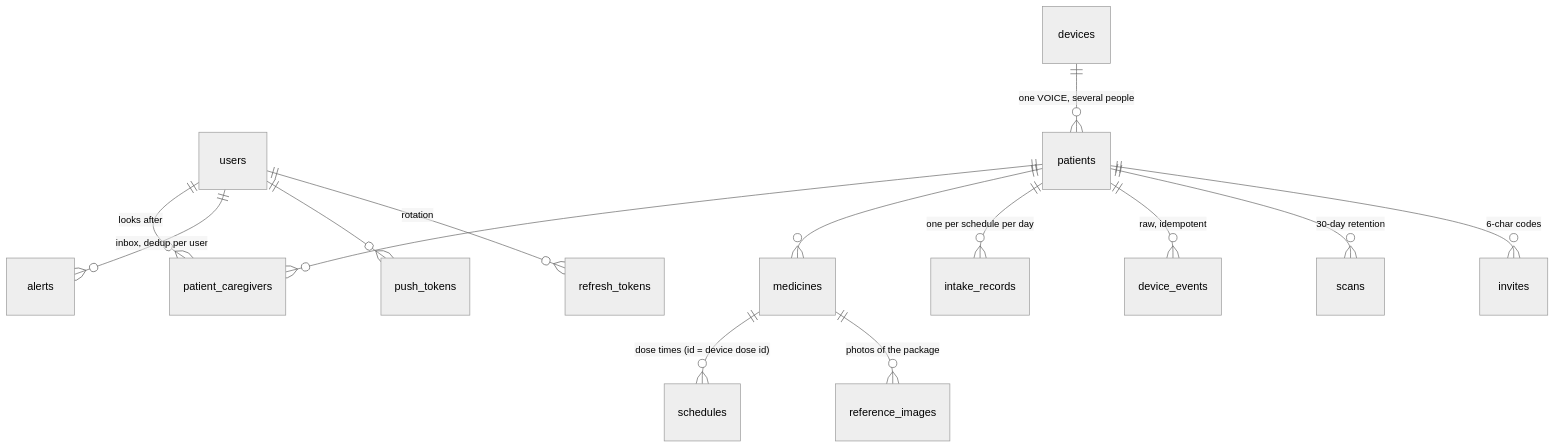
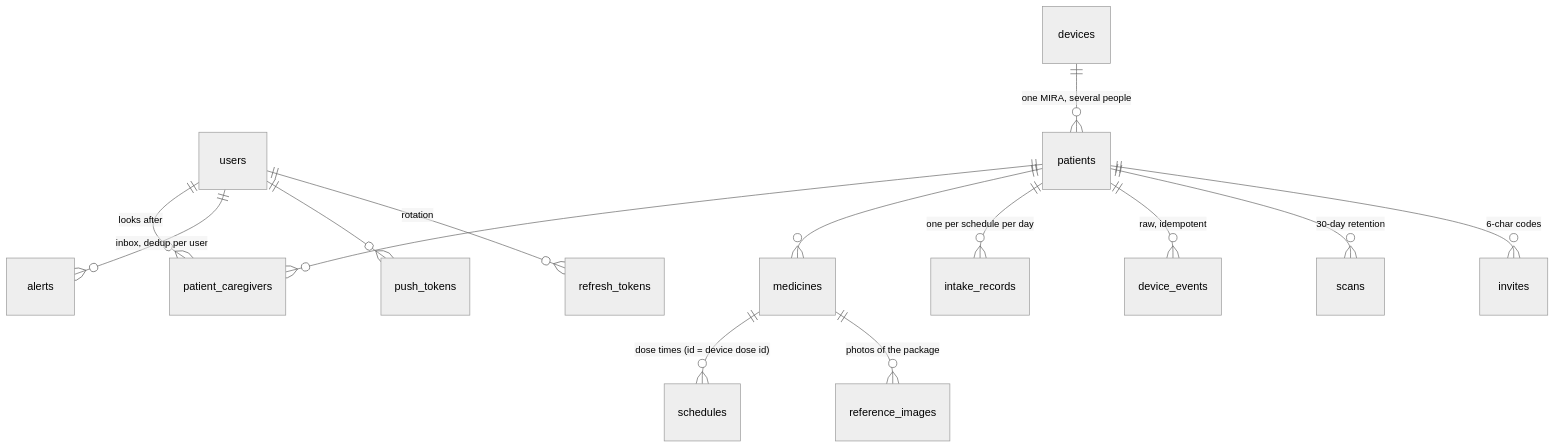
One commit to ArtisTechs/voice-prototype-medicine-reminder changed the third of 3 diagrams in docs/architecture.md. Above: the diagram before and after it, drawn with Mermaid (neutral theme). The commit also changed other lines of this file and 56 other files, not shown here.

Commit message:
chore: rename the app from VOICE to MIRA

````diff
--- a/docs/architecture.md
+++ b/docs/architecture.md
@@ -76,16 +76,16 @@
 ```mermaid
 erDiagram
   users ||--o{ patient_caregivers : "looks after"
   patients ||--o{ patient_caregivers : ""
-  devices ||--o{ patients : "one VOICE, several people"
+  devices ||--o{ patients : "one MIRA, several people"
   patients ||--o{ medicines : ""
   medicines ||--o{ schedules : "dose times (id = device dose id)"
   medicines ||--o{ reference_images : "photos of the package"
   patients ||--o{ intake_records : "one per schedule per day"
   patients ||--o{ device_events : "raw, idempotent"
   patients ||--o{ scans : "30-day retention"
   users ||--o{ alerts : "inbox, dedup per user"
   users ||--o{ push_tokens : ""
   users ||--o{ refresh_tokens : "rotation"
   patients ||--o{ invites : "6-char codes"
 ```
````
